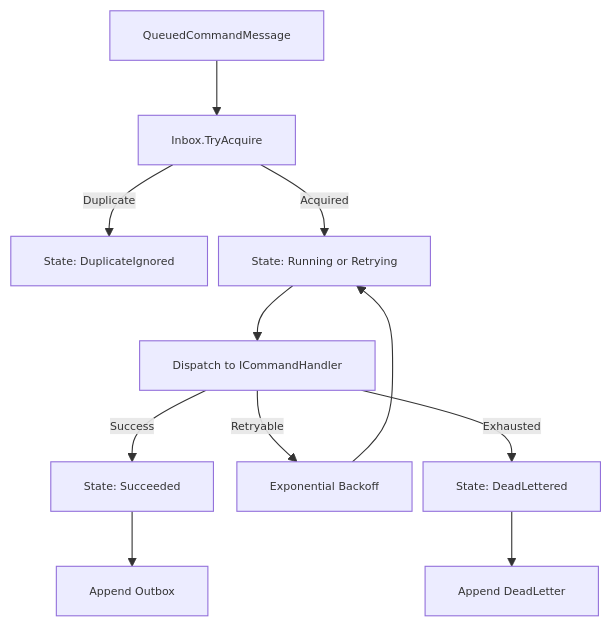
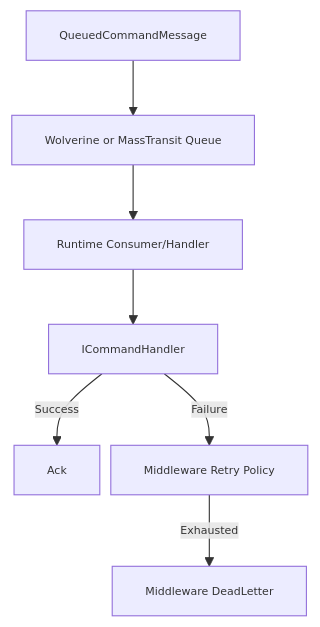
The fourth of 5 diagrams in docs/CQRS_ARCHITECTURE.md (aevatarAI/aevatar), drawn with Mermaid before and after one commit. The commit also changed other lines of this file and 42 other files, not shown here.

````diff
--- a/docs/CQRS_ARCHITECTURE.md
+++ b/docs/CQRS_ARCHITECTURE.md
@@ -122,14 +112,10 @@
 ```mermaid
 %%{init: {"maxTextSize": 100000, "flowchart": {"useMaxWidth": false, "nodeSpacing": 10, "rankSpacing": 50}, "themeVariables": {"fontSize": "10px"}}}%%
 flowchart TB
-  M["QueuedCommandMessage"] --> I["Inbox.TryAcquire"]
-  I -->|Duplicate| S0["State: DuplicateIgnored"]
-  I -->|Acquired| S1["State: Running or Retrying"]
-  S1 --> D["Dispatch to ICommandHandler<T>"]
-  D -->|Success| S2["State: Succeeded"]
-  S2 --> O["Append Outbox"]
-  D -->|Retryable| R["Exponential Backoff"]
-  R --> S1
-  D -->|Exhausted| S3["State: DeadLettered"]
-  S3 --> DL["Append DeadLetter"]
+  M["QueuedCommandMessage"] --> Q["Wolverine or MassTransit Queue"]
+  Q --> C["Runtime Consumer/Handler"]
+  C --> H["ICommandHandler<T>"]
+  H -->|Success| OK["Ack"]
+  H -->|Failure| RETRY["Middleware Retry Policy"]
+  RETRY -->|Exhausted| DLQ["Middleware DeadLetter"]
 ```
````
